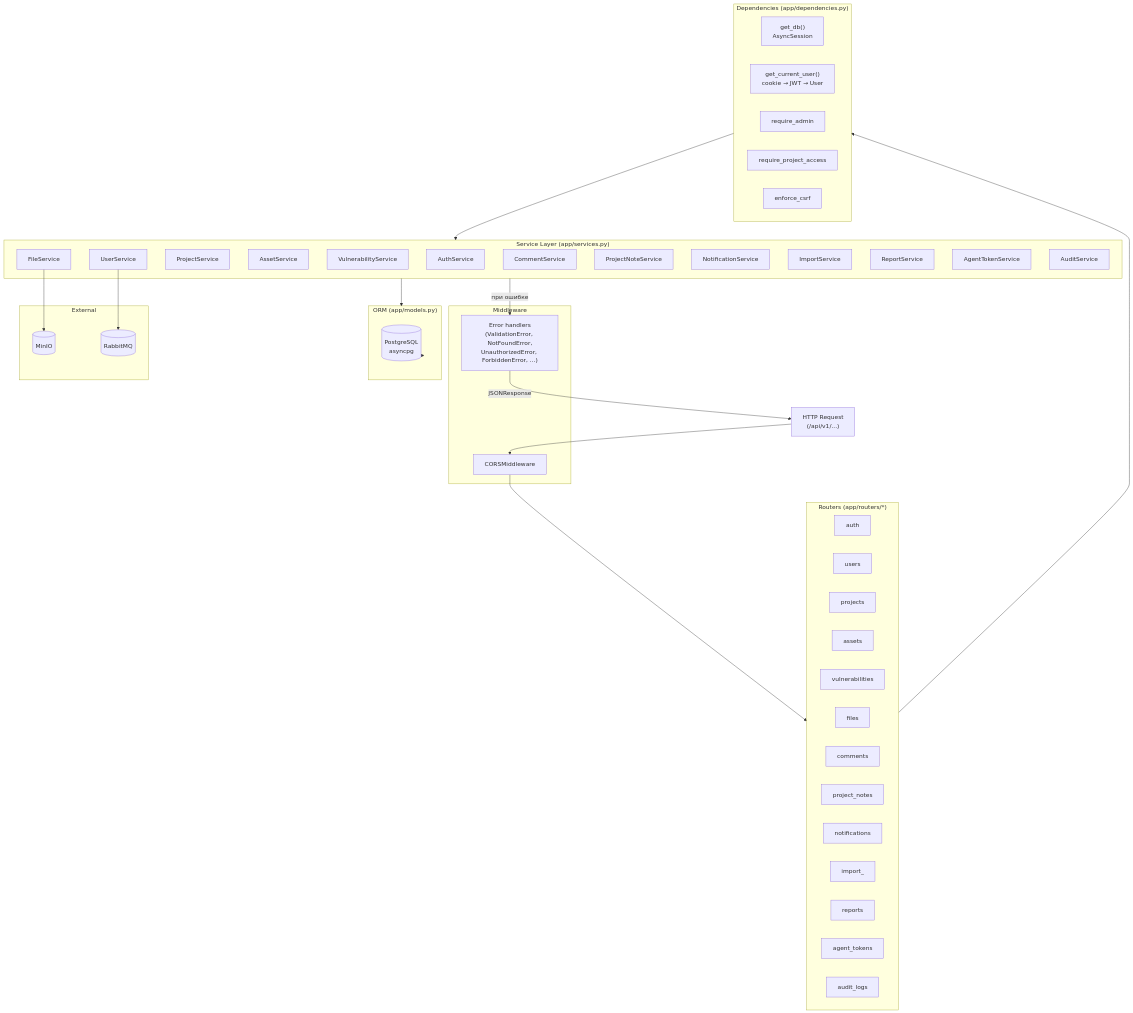
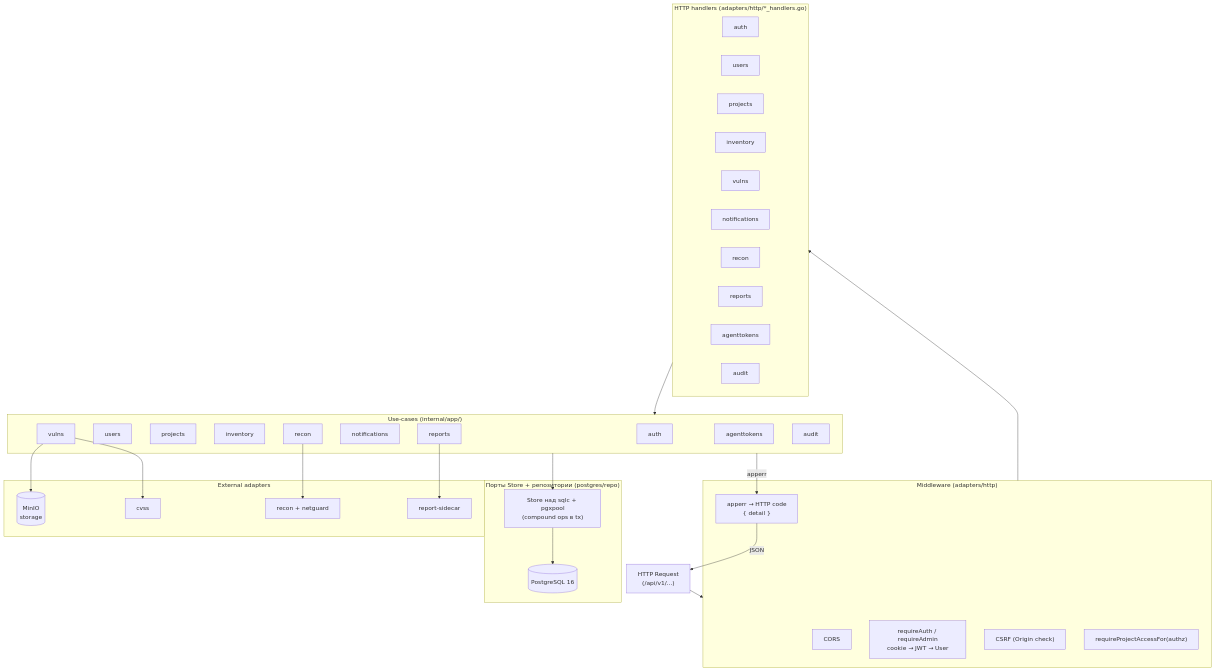
Before and after one commit to nkolomiika/FROST: the third of 20 diagrams in docs/ARCH_DIAGRAMS.md, drawn with Mermaid. The commit also changed other lines of this file and 11 other files, not shown here.

````diff
--- a/docs/ARCH_DIAGRAMS.md
+++ b/docs/ARCH_DIAGRAMS.md
@@ -88,66 +89,60 @@
 ```mermaid
 flowchart TB
     HTTP["HTTP Request<br/>(/api/v1/...)"]
 
-    subgraph Middleware["Middleware"]
-        CORS["CORSMiddleware"]
-        ErrorHandlers["Error handlers<br/>(ValidationError, NotFoundError,<br/>UnauthorizedError, ForbiddenError, ...)"]
+    subgraph Middleware["Middleware (adapters/http)"]
+        CORS["CORS"]
+        Auth["requireAuth / requireAdmin<br/>cookie → JWT → User"]
+        CSRF["CSRF (Origin check)"]
+        Access["requireProjectAccessFor(authz)"]
+        AppErr["apperr → HTTP code<br/>{ detail }"]
     end
 
-    subgraph Routers["Routers (app/routers/*)"]
-        AuthR["auth"]
-        UsersR["users"]
-        ProjectsR["projects"]
-        AssetsR["assets"]
-        VulnR["vulnerabilities"]
-        FilesR["files"]
-        CommentsR["comments"]
-        NotesR["project_notes"]
-        NotifR["notifications"]
-        ImportR["import_"]
-        ReportsR["reports"]
-        AgentR["agent_tokens"]
-        AuditR["audit_logs"]
+    subgraph Handlers["HTTP handlers (adapters/http/*_handlers.go)"]
+        AuthH["auth"]
+        UsersH["users"]
+        ProjectsH["projects"]
+        InvH["inventory"]
+        VulnH["vulns"]
+        NotifH["notifications"]
+        ReconH["recon"]
+        ReportsH["reports"]
+        AgentH["agenttokens"]
+        AuditH["audit"]
     end
 
-    subgraph DI["Dependencies (app/dependencies.py)"]
-        GetDB["get_db()<br/>AsyncSession"]
-        GetUser["get_current_user()<br/>cookie → JWT → User"]
-        RequireAdmin["require_admin"]
-        RequireAccess["require_project_access"]
-        EnforceCSRF["enforce_csrf"]
+    subgraph UseCases["Use-cases (internal/app/<context>)"]
+        AuthUC["auth"]
+        UserUC["users"]
+        ProjUC["projects"]
+        InvUC["inventory"]
+        VulnUC["vulns"]
+        NotifUC["notifications"]
+        ReconUC["recon"]
+        RepUC["reports"]
+        AgentUC["agenttokens"]
+        AuditUC["audit"]
     end
 
-    subgraph Services["Service Layer (app/services.py)"]
-        AuthSrv["AuthService"]
-        UserSrv["UserService"]
-        ProjSrv["ProjectService"]
-        AssetSrv["AssetService"]
-        VulnSrv["VulnerabilityService"]
-        FileSrv["FileService"]
-        CommSrv["CommentService"]
-        NoteSrv["ProjectNoteService"]
-        NotifSrv["NotificationService"]
-        ImpSrv["ImportService"]
-        RepSrv["ReportService"]
-        AgentSrv["AgentTokenService"]
-        AuditSrv["AuditService"]
+    subgraph Ports["Порты Store + репозитории (postgres/<ctx>repo)"]
+        Repo["Store над sqlc + pgxpool<br/>(compound ops в tx)"]
+        DB[("PostgreSQL 16")]
     end
 
-    subgraph Models["ORM (app/models.py)"]
-        DB[("PostgreSQL<br/>asyncpg")]
+    subgraph External["External adapters"]
+        MinIOExt[("MinIO<br/>storage")]
+        CVSSExt["cvss"]
+        ReconExt["recon + netguard"]
+        ReportExt["report-sidecar"]
     end
 
-    subgraph External["External"]
-        MinIOExt[("MinIO")]
-        RabbitExt[("RabbitMQ")]
-    end
-
-    HTTP --> CORS --> Routers
-    Routers --> DI --> Services
-    Services --> Models --> DB
-    FileSrv --> MinIOExt
-    UserSrv --> RabbitExt
-    Services -->|при ошибке| ErrorHandlers
-    ErrorHandlers -->|JSONResponse| HTTP
+    HTTP --> Middleware --> Handlers
+    Handlers --> UseCases
+    UseCases --> Repo --> DB
+    VulnUC --> CVSSExt
+    VulnUC --> MinIOExt
+    ReconUC --> ReconExt
+    RepUC --> ReportExt
+    UseCases -->|apperr| AppErr
+    AppErr -->|JSON| HTTP
 ```
````
